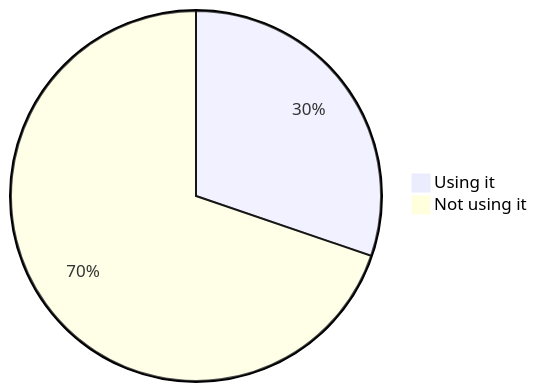
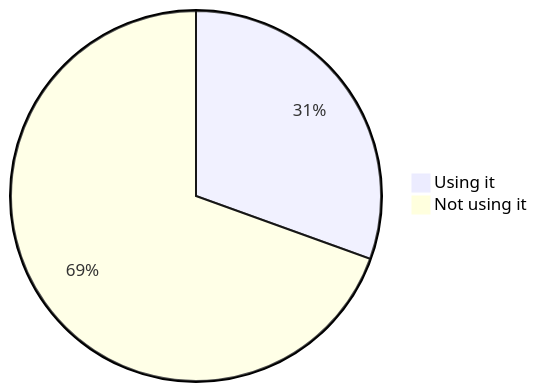
Diagram 14 of 22 in stats.md (oshp/oshp-stats), drawn with Mermaid before and after one commit. The commit also changed other lines of this file, not shown here.

````diff
--- a/stats.md
+++ b/stats.md
@@ -166,6 +166,6 @@
 ```mermaid
 pie
-	"Using it" : 30.24
-	"Not using it" : 69.76
+	"Using it" : 30.51
+	"Not using it" : 69.49
 
 ```
````
